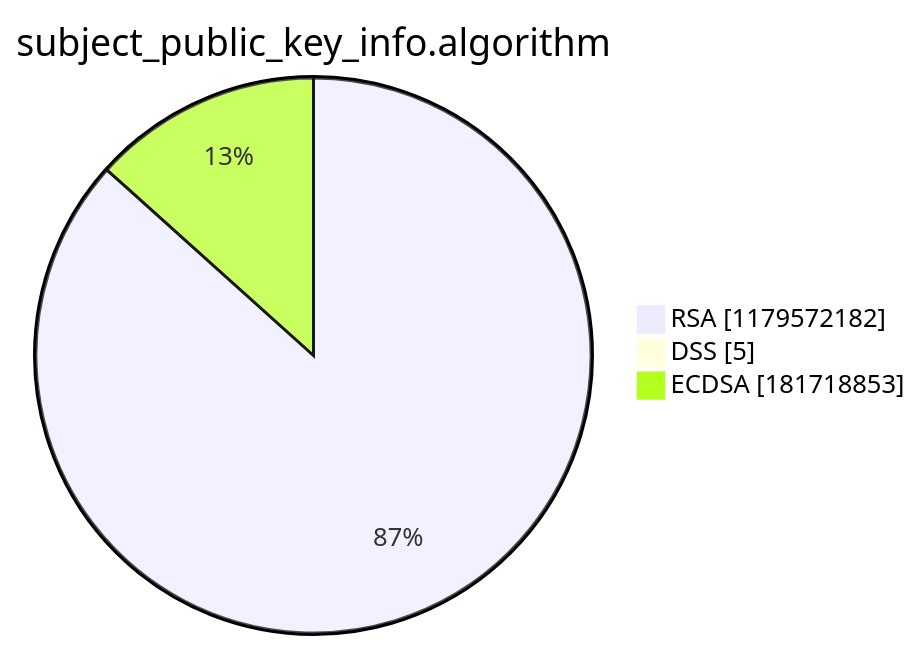
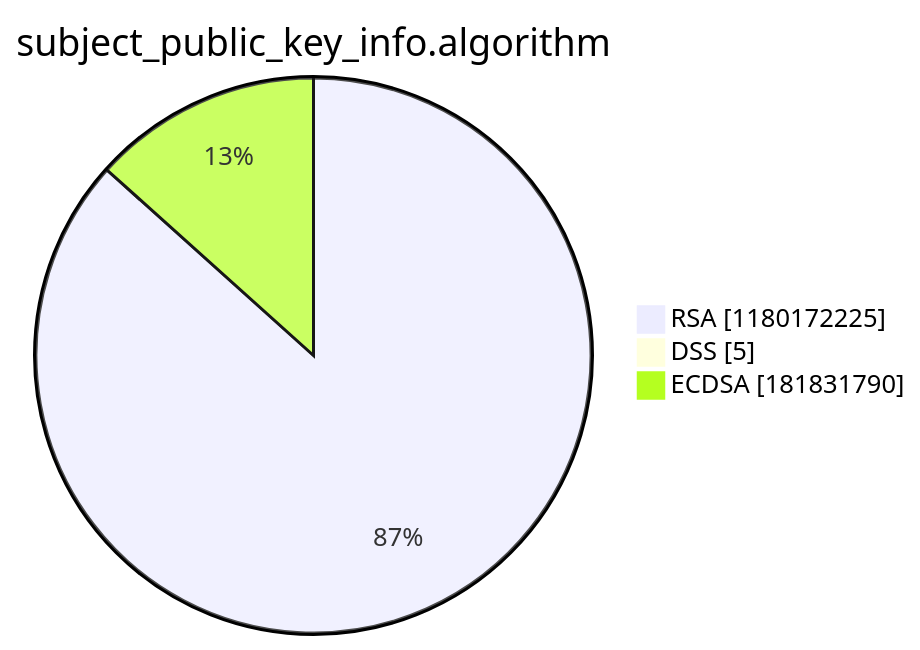
The third of 15 diagrams in argon2022/README.md (christiankrug/ctmonitor_visualization), drawn with Mermaid before and after one commit. The commit also changed other lines of this file, not shown here.

````diff
--- a/argon2022/README.md
+++ b/argon2022/README.md
@@ -14,7 +14,7 @@
 ```mermaid
 pie showData
 title subject_public_key_info.algorithm
-"RSA" :1179572182
+"RSA" :1180172225
 "DSS" :5
-"ECDSA" :181718853
+"ECDSA" :181831790
 ```
````
